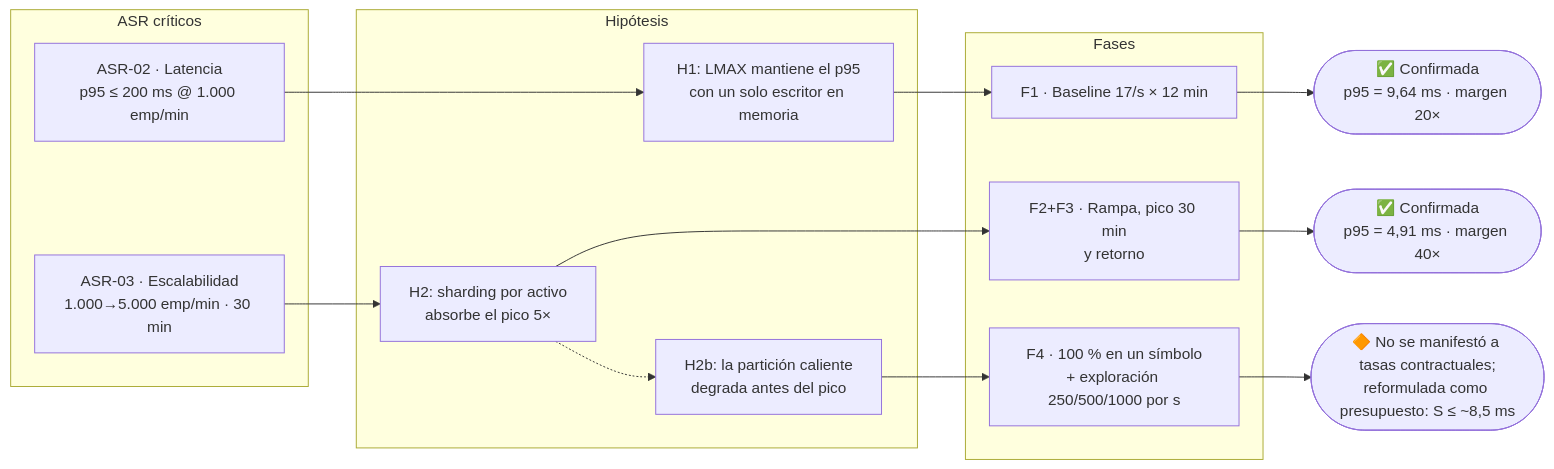
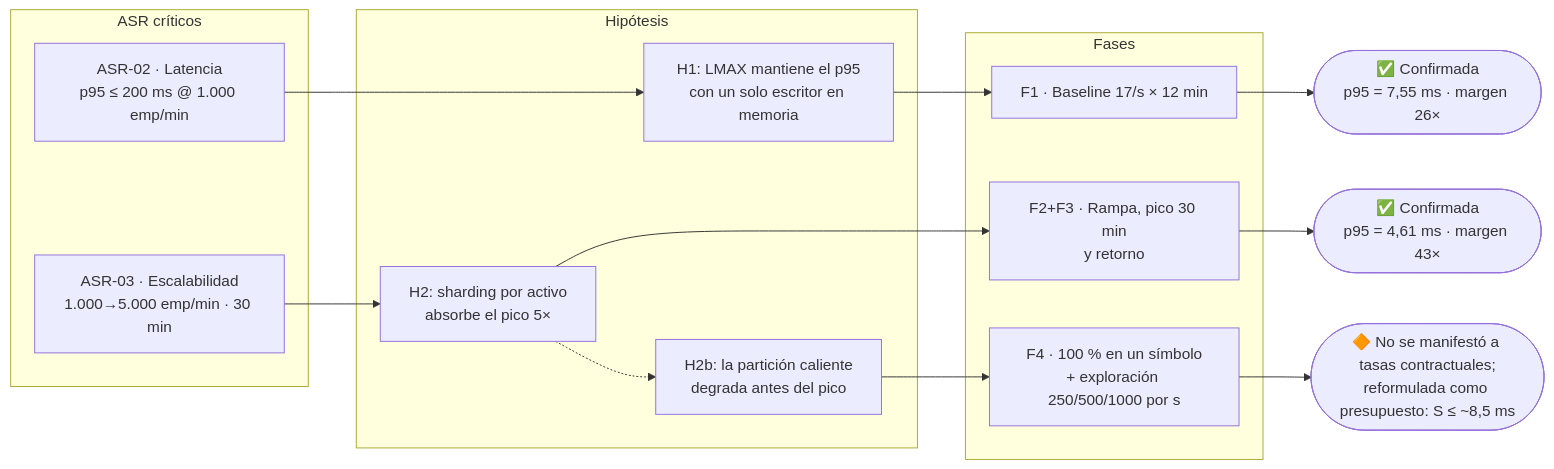
The first of 9 diagrams in docs/experimento-e01.md (MATI-MBIT/arqsoft-reto-1), drawn with Mermaid before and after one commit. The commit also changed other lines of this file and 2 other files, not shown here.

````diff
--- a/docs/experimento-e01.md
+++ b/docs/experimento-e01.md
@@ -15,23 +15,23 @@
 ```mermaid
 flowchart LR
     subgraph ASRs["ASR críticos"]
       A2["ASR-02 · Latencia\np95 ≤ 200 ms @ 1.000 emp/min"]
       A3["ASR-03 · Escalabilidad\n1.000→5.000 emp/min · 30 min"]
     end
     subgraph Hipotesis["Hipótesis"]
       H1["H1: LMAX mantiene el p95\ncon un solo escritor en memoria"]
       H2["H2: sharding por activo\nabsorbe el pico 5×"]
       H2b["H2b: la partición caliente\ndegrada antes del pico"]
     end
     subgraph Fases["Fases"]
       F1["F1 · Baseline 17/s × 12 min"]
       F2["F2+F3 · Rampa, pico 30 min\ny retorno"]
       F4["F4 · 100 % en un símbolo\n+ exploración 250/500/1000 por s"]
     end
     A2 --> H1 --> F1
     A3 --> H2 --> F2
     H2 -.-> H2b --> F4
-    F1 --> V1(["✅ Confirmada\np95 = 9,64 ms · margen 20×"])
-    F2 --> V2(["✅ Confirmada\np95 = 4,91 ms · margen 40×"])
+    F1 --> V1(["✅ Confirmada\np95 = 7,55 ms · margen 26×"])
+    F2 --> V2(["✅ Confirmada\np95 = 4,61 ms · margen 43×"])
     F4 --> V3(["🔶 No se manifestó a tasas contractuales;\nreformulada como presupuesto: S ≤ ~8,5 ms"])
 ```
````
